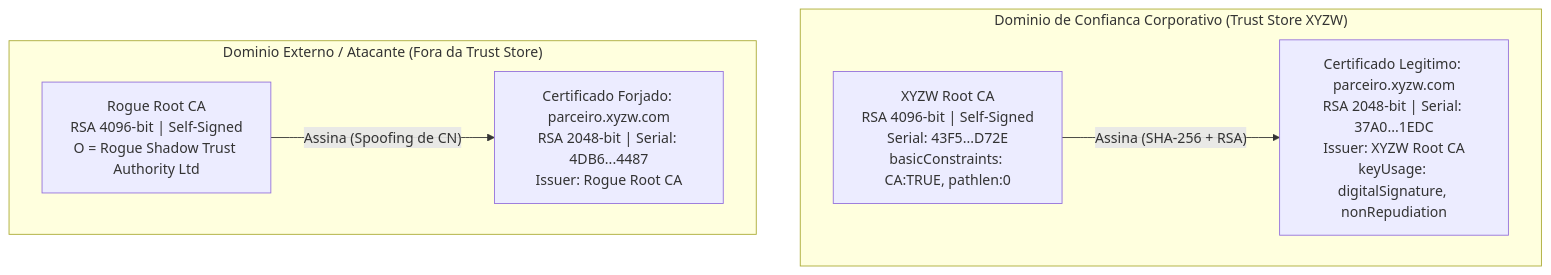
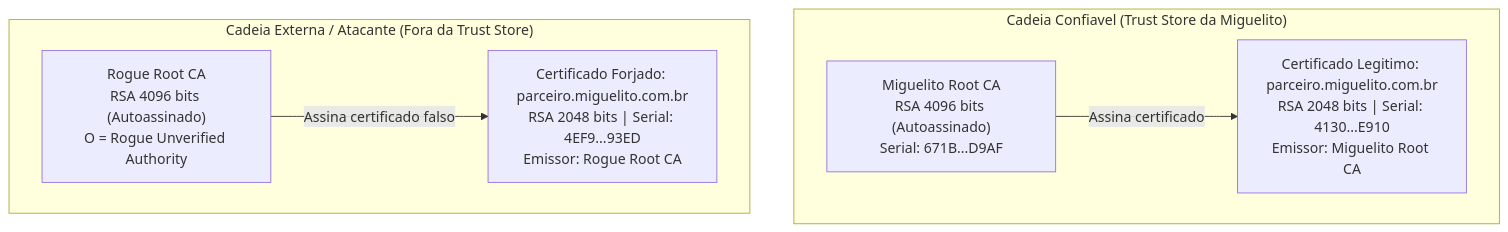
One commit to Wellington-Miguel/Trabalho_01_MATC99 changed the diagram in RELATORIO_TECNICO_MATC99.md. Above: the diagram before and after it, drawn with Mermaid. The commit also changed other lines of this file and 51 other files, not shown here.

````diff
--- a/RELATORIO_TECNICO_MATC99.md
+++ b/RELATORIO_TECNICO_MATC99.md
@@ -180,14 +170,14 @@
 ```mermaid
 flowchart TD
-    subgraph TRUST["Dominio de Confianca Corporativo (Trust Store XYZW)"]
-        ROOT["XYZW Root CA<br/>RSA 4096-bit | Self-Signed<br/>Serial: 43F5...D72E<br/>basicConstraints: CA:TRUE, pathlen:0"]
-        LEAF_OK["Certificado Legitimo: parceiro.xyzw.com<br/>RSA 2048-bit | Serial: 37A0...1EDC<br/>Issuer: XYZW Root CA<br/>keyUsage: digitalSignature, nonRepudiation"]
-        ROOT -->|"Assina (SHA-256 + RSA)"| LEAF_OK
+    subgraph TRUST["Cadeia Confiavel (Trust Store da Miguelito)"]
+        ROOT["Miguelito Root CA<br/>RSA 4096 bits (Autoassinado)<br/>Serial: 671B...D9AF"]
+        LEAF_OK["Certificado Legitimo: parceiro.miguelito.com.br<br/>RSA 2048 bits | Serial: 4130...E910<br/>Emissor: Miguelito Root CA"]
+        ROOT -->|"Assina certificado"| LEAF_OK
     end
 
-    subgraph UNTRUST["Dominio Externo / Atacante (Fora da Trust Store)"]
-        ROGUE["Rogue Root CA<br/>RSA 4096-bit | Self-Signed<br/>O = Rogue Shadow Trust Authority Ltd"]
-        LEAF_BAD["Certificado Forjado: parceiro.xyzw.com<br/>RSA 2048-bit | Serial: 4DB6...4487<br/>Issuer: Rogue Root CA"]
-        ROGUE -->|"Assina (Spoofing de CN)"| LEAF_BAD
+    subgraph UNTRUST["Cadeia Externa / Atacante (Fora da Trust Store)"]
+        ROGUE["Rogue Root CA<br/>RSA 4096 bits (Autoassinado)<br/>O = Rogue Unverified Authority"]
+        LEAF_BAD["Certificado Forjado: parceiro.miguelito.com.br<br/>RSA 2048 bits | Serial: 4EF9...93ED<br/>Emissor: Rogue Root CA"]
+        ROGUE -->|"Assina certificado falso"| LEAF_BAD
     end
 ```
````
